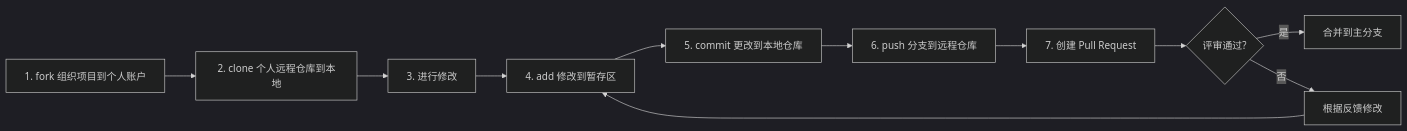
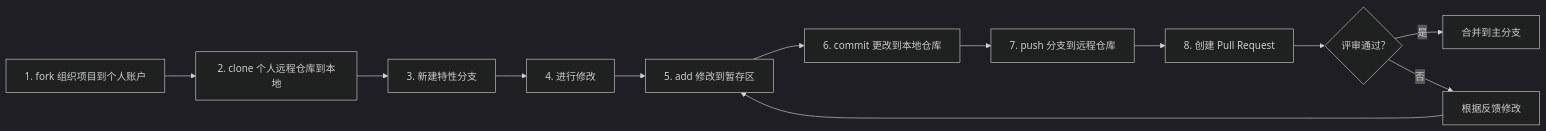
Before and after one commit to OpenHUTB/.github: the diagram in CONTRIBUTING.md, drawn with Mermaid (dark theme). The commit also changed other lines of this file and 4 other files, not shown here.

````diff
--- a/CONTRIBUTING.md
+++ b/CONTRIBUTING.md
@@ -14,13 +12,14 @@
 ```mermaid
 flowchart LR
     A[1. fork 组织项目到个人账户] --> B[2. clone 个人远程仓库到本地]
-    B --> C[3. 进行修改]
-    C --> D[4. add 修改到暂存区]
-    D --> E[5. commit 更改到本地仓库]
-    E --> F[6. push 分支到远程仓库]
-    F --> G[7. 创建 Pull Request]
-    G --> H{评审通过?}
-    H -->|是| I[合并到主分支]
-    H -->|否| J[根据反馈修改]
-    J --> D
+    B --> C[3. 新建特性分支]
+    C --> D[4. 进行修改]
+    D --> E[5. add 修改到暂存区]
+    E --> F[6. commit 更改到本地仓库]
+    F --> G[7. push 分支到远程仓库]
+    G --> H[8. 创建 Pull Request]
+    H --> I{评审通过?}
+    I -->|是| J[合并到主分支]
+    I -->|否| K[根据反馈修改]
+    K --> E
 ```
````
